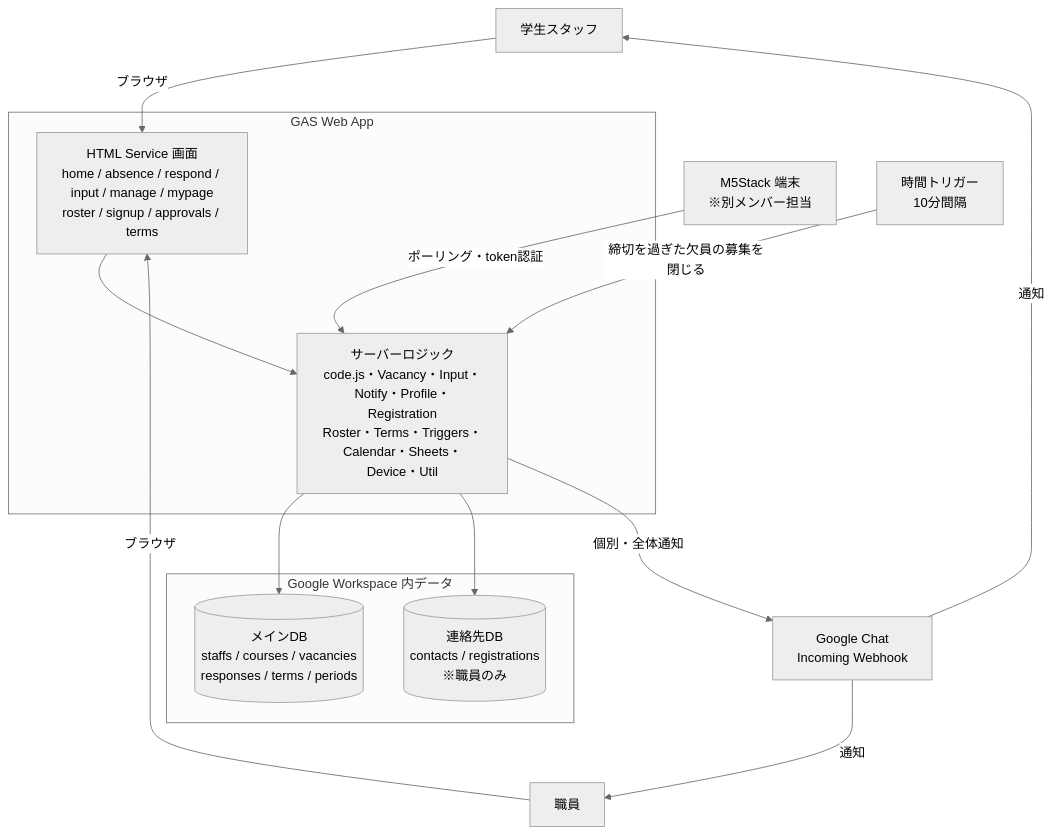
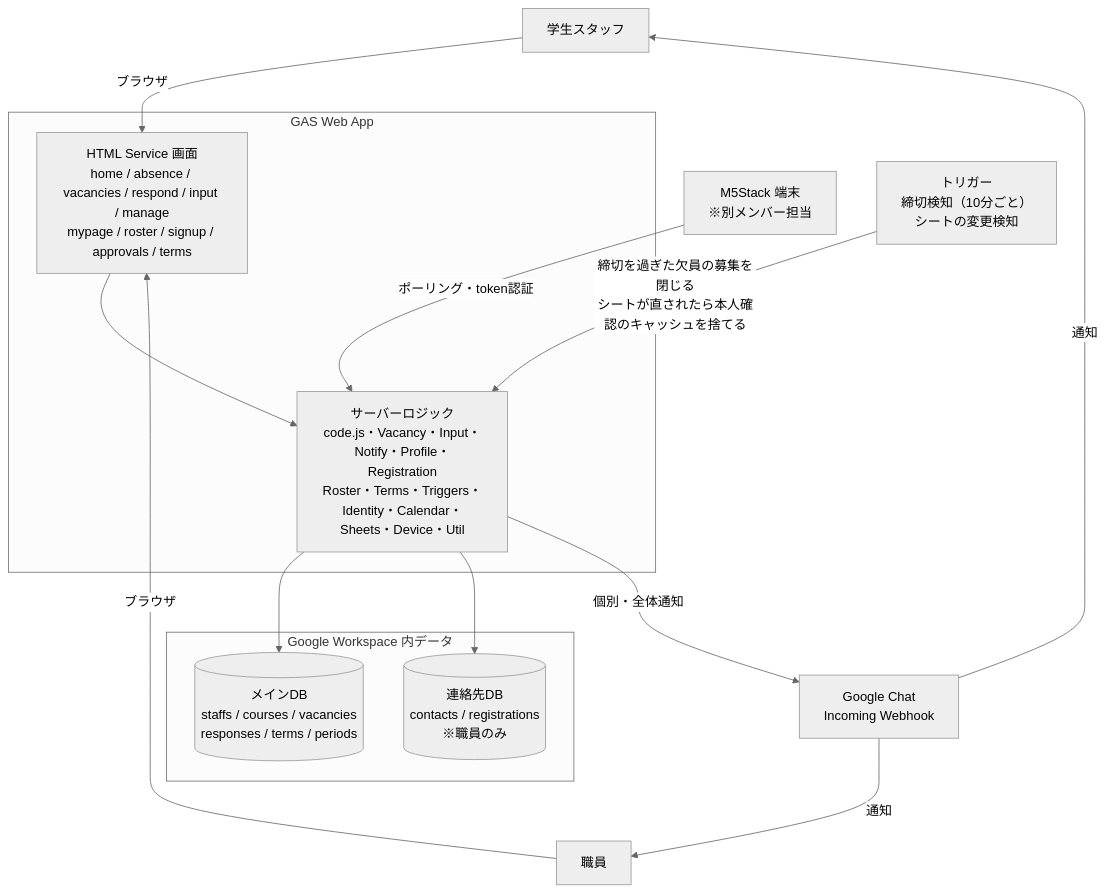
One commit to Nakano-official/takeover changed the second of 3 diagrams in README.md. Above: the diagram before and after it, drawn with Mermaid (neutral theme). The commit also changed other lines of this file, not shown here.

````diff
--- a/README.md
+++ b/README.md
@@ -137,31 +146,31 @@
 ```mermaid
 flowchart TB
   S["学生スタッフ"]
   T["職員"]
   D["M5Stack 端末<br/>※別メンバー担当"]
 
   subgraph App["GAS Web App"]
-    UI["HTML Service 画面<br/>home / absence / respond / input / manage / mypage<br/>roster / signup / approvals / terms"]
-    Logic["サーバーロジック<br/>code.js・Vacancy・Input・Notify・Profile・Registration<br/>Roster・Terms・Triggers・Calendar・Sheets・Device・Util"]
+    UI["HTML Service 画面<br/>home / absence / vacancies / respond / input / manage<br/>mypage / roster / signup / approvals / terms"]
+    Logic["サーバーロジック<br/>code.js・Vacancy・Input・Notify・Profile・Registration<br/>Roster・Terms・Triggers・Identity・Calendar・Sheets・Device・Util"]
     UI --> Logic
   end
 
   subgraph DataLayer["Google Workspace 内データ"]
     M[("メインDB<br/>staffs / courses / vacancies<br/>responses / terms / periods")]
     C[("連絡先DB<br/>contacts / registrations<br/>※職員のみ")]
   end
 
   Chat["Google Chat<br/>Incoming Webhook"]
-  Trg["時間トリガー<br/>10分間隔"]
+  Trg["トリガー<br/>締切検知（10分ごと）<br/>シートの変更検知"]
 
   S -->|ブラウザ| UI
   T -->|ブラウザ| UI
   D -->|ポーリング・token認証| Logic
 
   Logic --> M
   Logic --> C
   Logic -->|個別・全体通知| Chat
-  Trg -->|締切を過ぎた欠員の募集を閉じる| Logic
+  Trg -->|締切を過ぎた欠員の募集を閉じる<br/>シートが直されたら本人確認のキャッシュを捨てる| Logic
   Chat -->|通知| S
   Chat -->|通知| T
 ```
````
